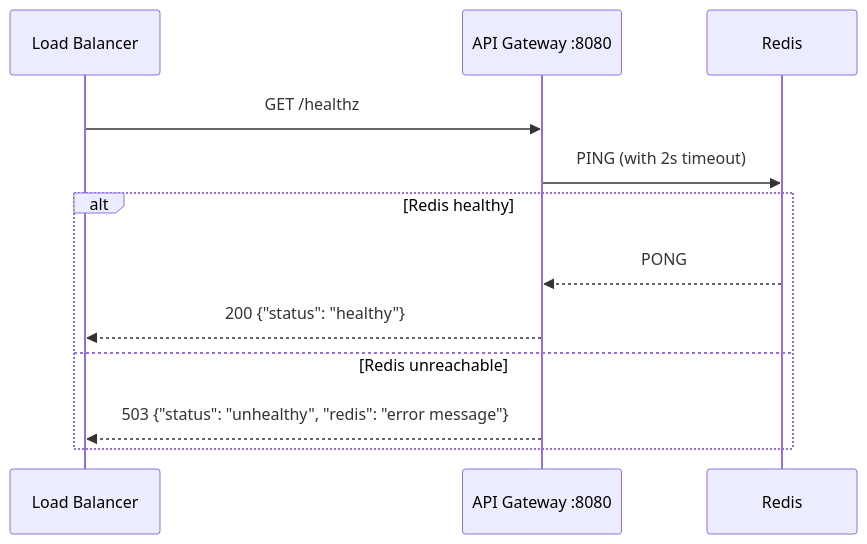
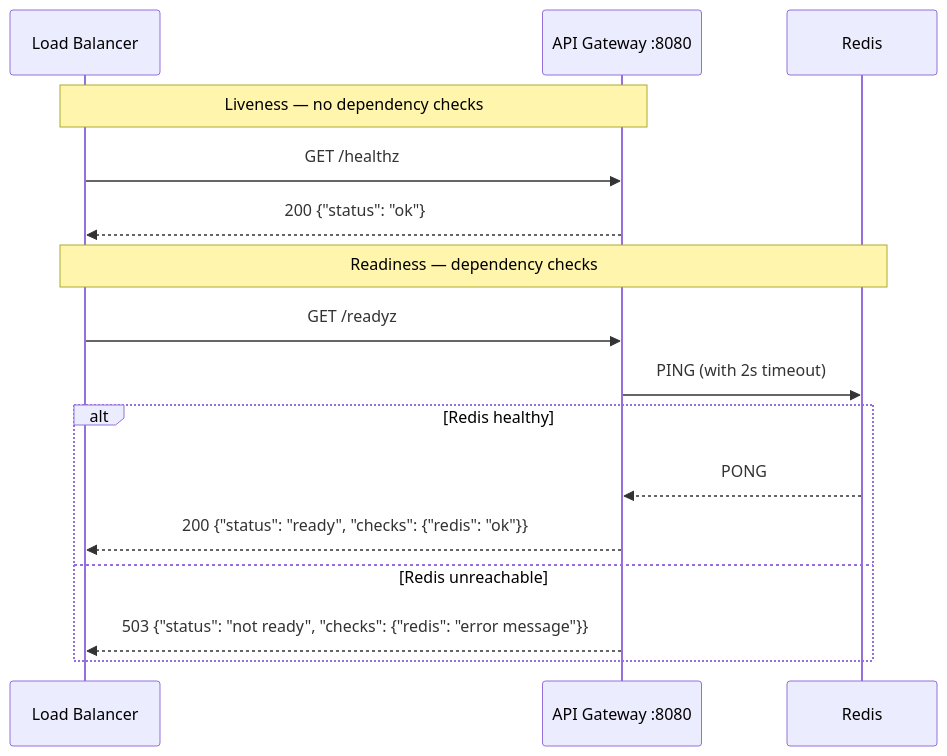
Before and after one commit to Prachidubey2003/fyredocs_backend: the fifth of 5 diagrams in docs/developer/services/api-gateway.md, drawn with Mermaid. The commit also changed other lines of this file and 47 other files, not shown here.

````diff
--- a/docs/developer/services/api-gateway.md
+++ b/docs/developer/services/api-gateway.md
@@ -580,15 +585,20 @@
 ```mermaid
 sequenceDiagram
     participant LB as Load Balancer
     participant GW as API Gateway :8080
     participant R as Redis
 
+    Note over LB,GW: Liveness — no dependency checks
     LB->>GW: GET /healthz
+    GW-->>LB: 200 {"status": "ok"}
+
+    Note over LB,R: Readiness — dependency checks
+    LB->>GW: GET /readyz
     GW->>R: PING (with 2s timeout)
     alt Redis healthy
         R-->>GW: PONG
-        GW-->>LB: 200 {"status": "healthy"}
+        GW-->>LB: 200 {"status": "ready", "checks": {"redis": "ok"}}
     else Redis unreachable
-        GW-->>LB: 503 {"status": "unhealthy", "redis": "error message"}
+        GW-->>LB: 503 {"status": "not ready", "checks": {"redis": "error message"}}
     end
 ```
````
